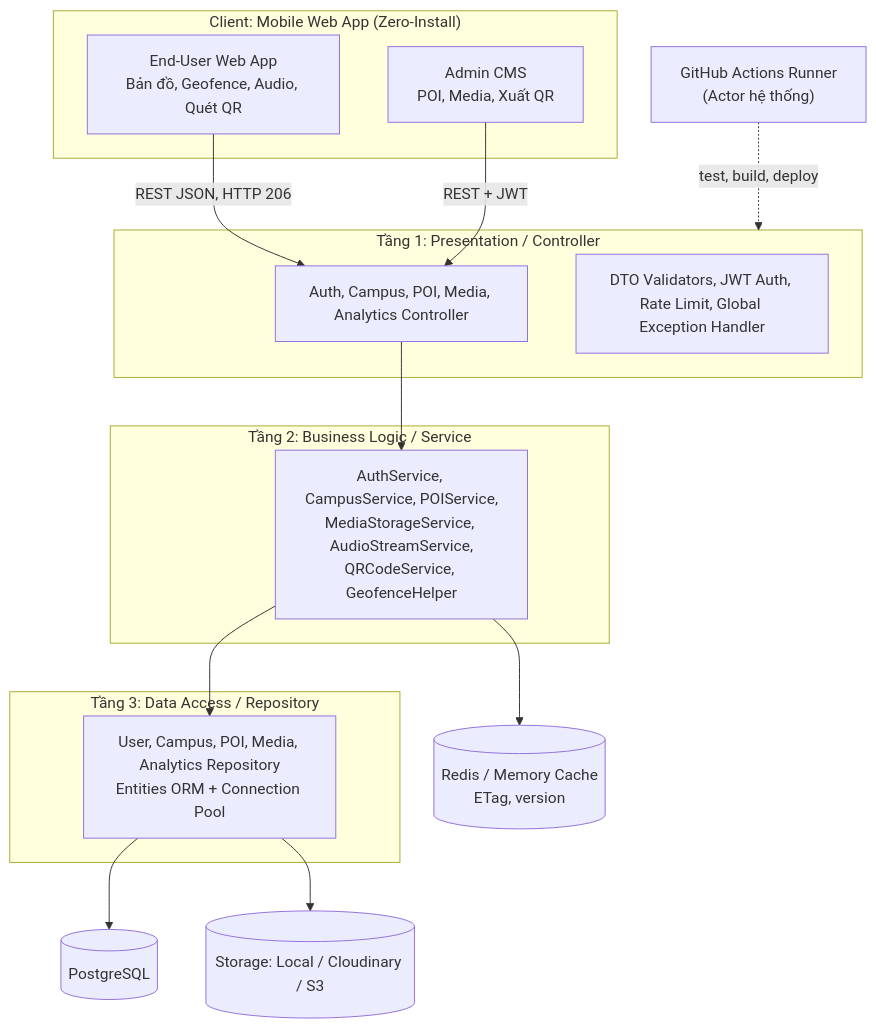
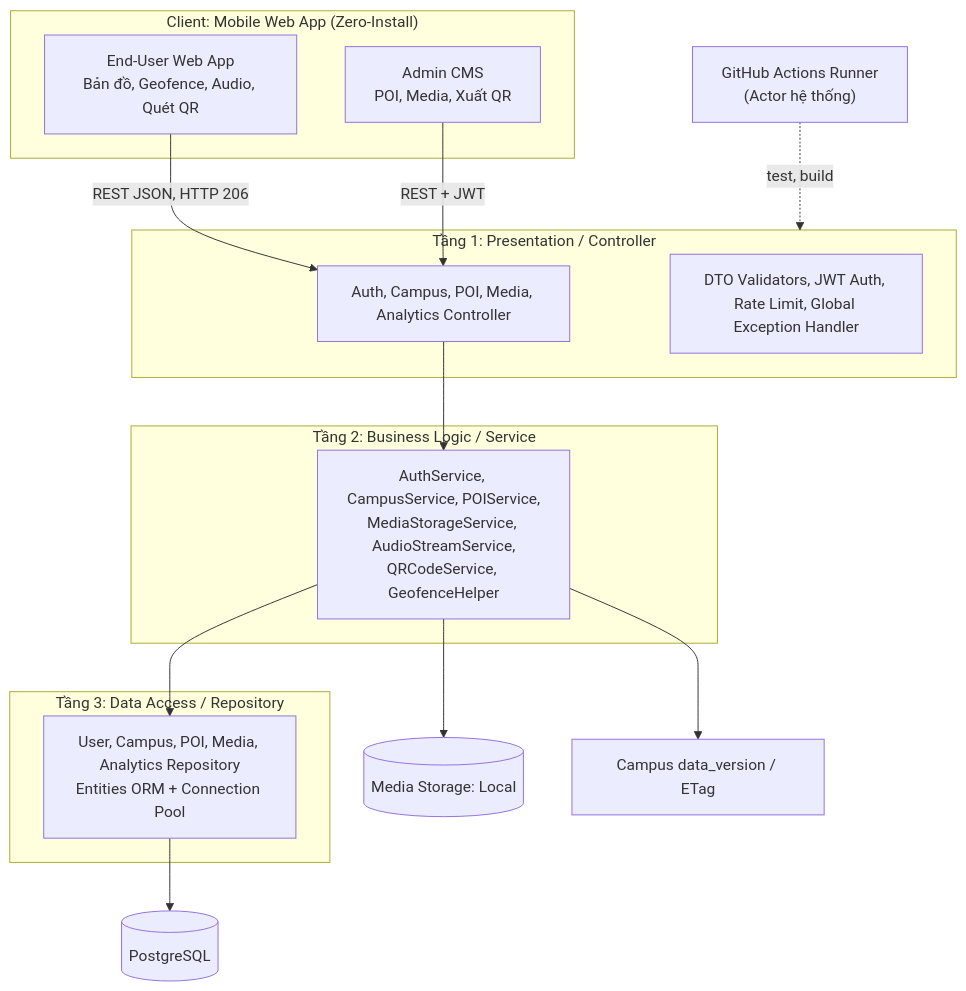
The first of 3 diagrams in README.md (Shirayuki266/SE-Project-Automated-Multilingual-Audio-Dubbing-System), drawn with Mermaid before and after one commit. The commit also changed other lines of this file and 60 other files, not shown here.

````diff
--- a/README.md
+++ b/README.md
@@ -51,34 +51,34 @@
 ```mermaid
 flowchart TB
     subgraph Client["Client: Mobile Web App (Zero-Install)"]
         WEB["End-User Web App<br/>Bản đồ, Geofence, Audio, Quét QR"]
         CMS["Admin CMS<br/>POI, Media, Xuất QR"]
     end
 
     subgraph T1["Tầng 1: Presentation / Controller"]
         CTRL["Auth, Campus, POI, Media, Analytics Controller"]
         MW["DTO Validators, JWT Auth, Rate Limit, Global Exception Handler"]
     end
 
     subgraph T2["Tầng 2: Business Logic / Service"]
         SVC["AuthService, CampusService, POIService,<br/>MediaStorageService, AudioStreamService,<br/>QRCodeService, GeofenceHelper"]
     end
 
     subgraph T3["Tầng 3: Data Access / Repository"]
         REPO["User, Campus, POI, Media, Analytics Repository<br/>Entities ORM + Connection Pool"]
     end
 
     DB[("PostgreSQL")]
-    STORE[("Storage: Local / Cloudinary / S3")]
-    CACHE[("Redis / Memory Cache<br/>ETag, version")]
+    STORE[("Media Storage: Local")]
+    VERSION["Campus data_version / ETag"]
     CICD["GitHub Actions Runner<br/>(Actor hệ thống)"]
 
     WEB -->|"REST JSON, HTTP 206"| CTRL
     CMS -->|"REST + JWT"| CTRL
     CTRL --> SVC
     SVC --> REPO
-    SVC --> CACHE
+    SVC --> VERSION
     REPO --> DB
-    REPO --> STORE
-    CICD -.->|"test, build, deploy"| T1
+    SVC --> STORE
+    CICD -.->|"test, build"| T1
 ```
````
